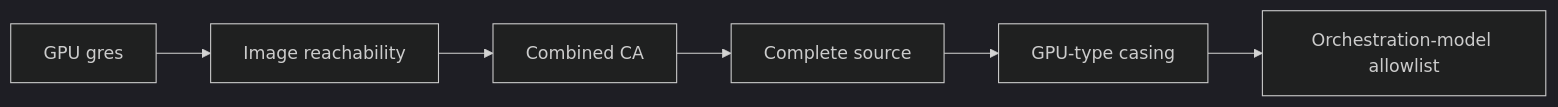
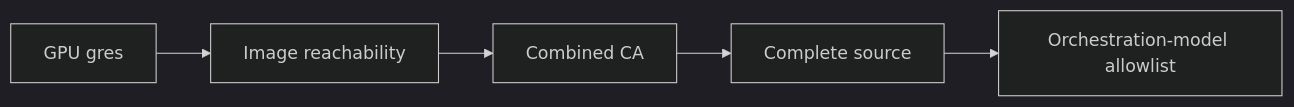
One commit to AMD-AGI/Hyperloom changed the third of 3 diagrams in docs/install/slurm.md. Above: the diagram before and after it, drawn with Mermaid (dark theme). The commit also changed other lines of this file and 182 other files, not shown here.

````diff
--- a/docs/install/slurm.md
+++ b/docs/install/slurm.md
@@ -315,8 +314,7 @@
 ```mermaid
 flowchart LR
     A[GPU gres] --> B[Image reachability]
     B --> C[Combined CA]
     C --> D[Complete source]
-    D --> E[GPU-type casing]
-    E --> F[Orchestration-model allowlist]
+    D --> F[Orchestration-model allowlist]
 ```
````
